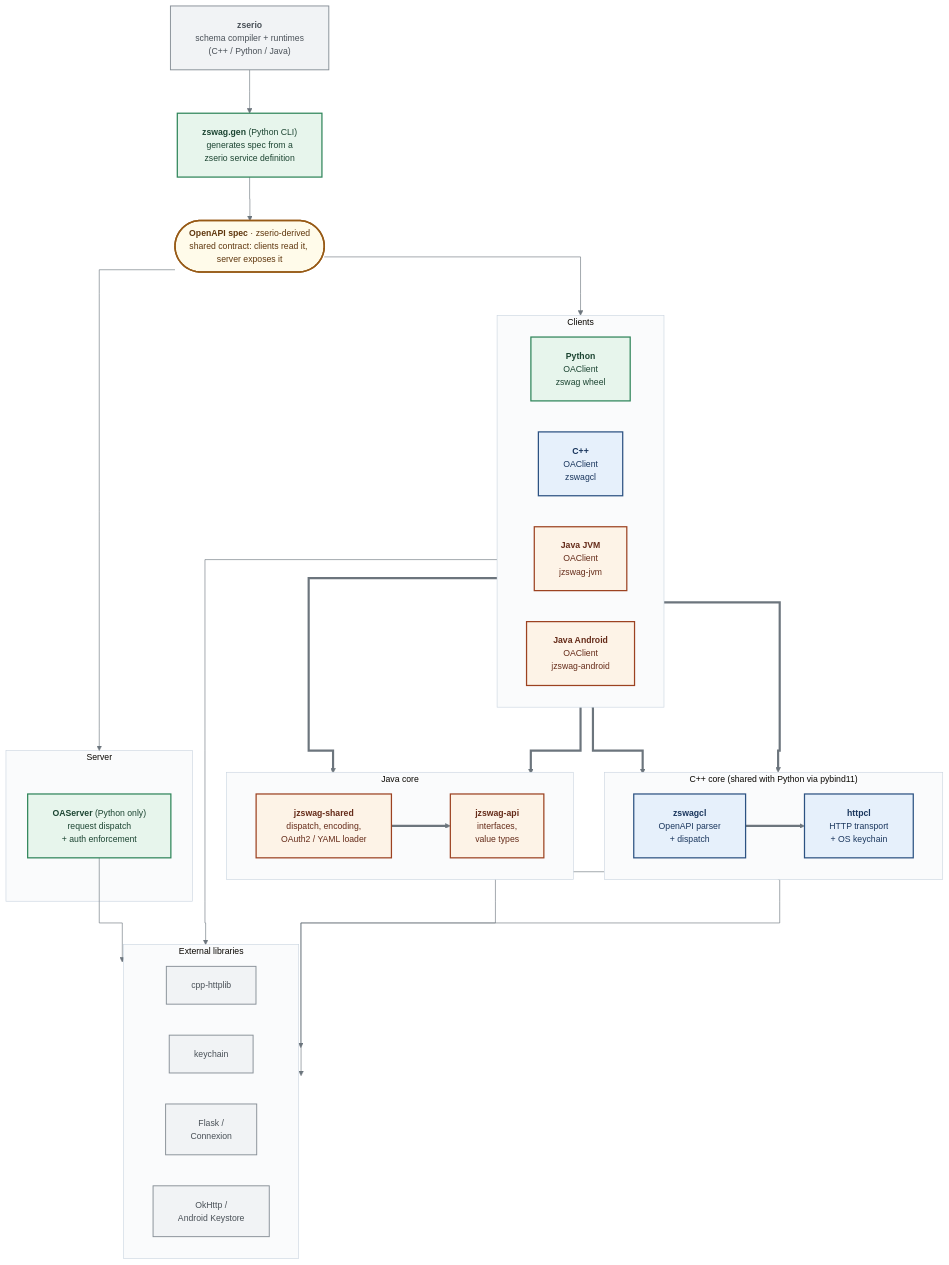
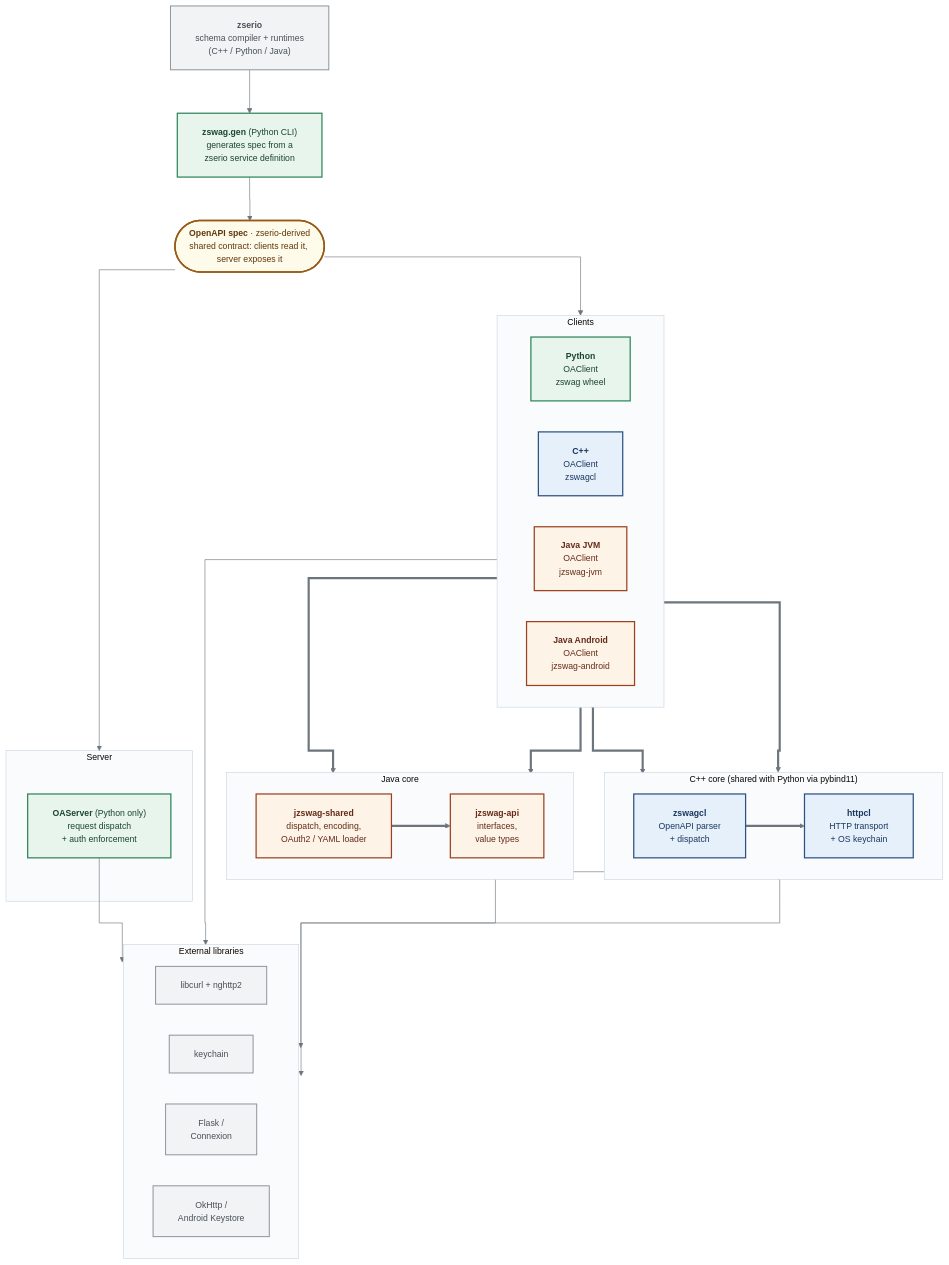
One commit to ndsev/zswag changed the diagram in README.md. Above: the diagram before and after it, drawn with Mermaid. The commit also changed other lines of this file and 22 other files, not shown here.

````diff
--- a/README.md
+++ b/README.md
@@ -14,73 +14,73 @@
 ```mermaid
 %%{init: {
   'theme':'base',
   'flowchart': {'curve': 'stepAfter', 'nodeSpacing': 50, 'rankSpacing': 70, 'padding': 20},
   'themeVariables': {
     'fontFamily': 'system-ui, -apple-system, sans-serif',
     'fontSize': '14px',
     'lineColor': '#6c757d',
     'clusterBkg': '#fafbfc',
     'clusterBorder': '#cbd5e0'
   }
 }}%%
 flowchart TB
     gen["<b>zswag.gen</b> (Python CLI)<br/>generates spec from a<br/>zserio service definition"]:::py
     spec(["<b>OpenAPI spec</b> &middot; zserio-derived<br/>shared contract: clients read it, server exposes it"]):::spec
     zserio["<b>zserio</b><br/>schema compiler + runtimes<br/>(C++ / Python / Java)"]:::ext
 
     subgraph clients[" &nbsp;Clients&nbsp; "]
       direction LR
       py["<b>Python</b><br/>OAClient<br/>zswag wheel"]:::py
       cpp["<b>C++</b><br/>OAClient<br/>zswagcl"]:::cpp
       jvm["<b>Java JVM</b><br/>OAClient<br/>jzswag-jvm"]:::java
       andr["<b>Java Android</b><br/>OAClient<br/>jzswag-android"]:::java
     end
 
     subgraph server[" &nbsp;Server&nbsp; "]
       oaserver["<b>OAServer</b> (Python only)<br/>request dispatch<br/>+ auth enforcement"]:::py
     end
 
     subgraph cppcore[" &nbsp;C++ core (shared with Python via pybind11)&nbsp; "]
       direction LR
       zswagcl["<b>zswagcl</b><br/>OpenAPI parser<br/>+ dispatch"]:::cpp
       httpcl["<b>httpcl</b><br/>HTTP transport<br/>+ OS keychain"]:::cpp
     end
 
     subgraph javacore[" &nbsp;Java core&nbsp; "]
       direction LR
       jshared["<b>jzswag-shared</b><br/>dispatch, encoding,<br/>OAuth2 / YAML loader"]:::java
       japi["<b>jzswag-api</b><br/>interfaces,<br/>value types"]:::java
     end
 
     subgraph extlibs[" &nbsp;External libraries&nbsp; "]
       direction LR
-      cpphttplib["cpp-httplib"]:::ext
+      libcurl["libcurl + nghttp2"]:::ext
       keychain["keychain"]:::ext
       flask["Flask /<br/>Connexion"]:::ext
       okhttp["OkHttp /<br/>Android Keystore"]:::ext
     end
 
     zserio --> gen
     gen --> spec
     spec --> clients
     spec --> server
 
     py ==> zswagcl
     cpp ==> zswagcl
     zswagcl ==> httpcl
-    httpcl --> cpphttplib
+    httpcl --> libcurl
     httpcl --> keychain
 
     jvm ==> jshared
     andr ==> jshared
     jshared ==> japi
     andr --> okhttp
 
     oaserver --> flask
 
     classDef py    fill:#e7f5ec,stroke:#2f855a,stroke-width:2px,color:#1c4532
     classDef cpp   fill:#e6f0fb,stroke:#2c5282,stroke-width:2px,color:#1a365d
     classDef java  fill:#fdf3e7,stroke:#9c4221,stroke-width:2px,color:#652b19
     classDef spec  fill:#fffbea,stroke:#975a16,stroke-width:2.5px,color:#5f370e
     classDef ext   fill:#f1f3f5,stroke:#868e96,stroke-width:1.5px,color:#495057
 ```
````
